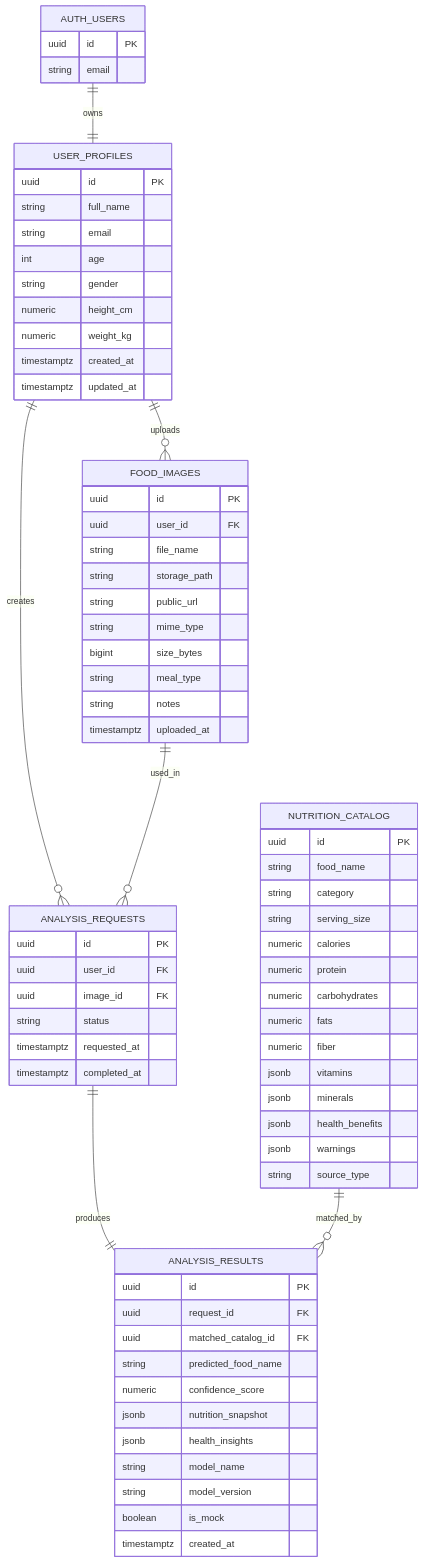
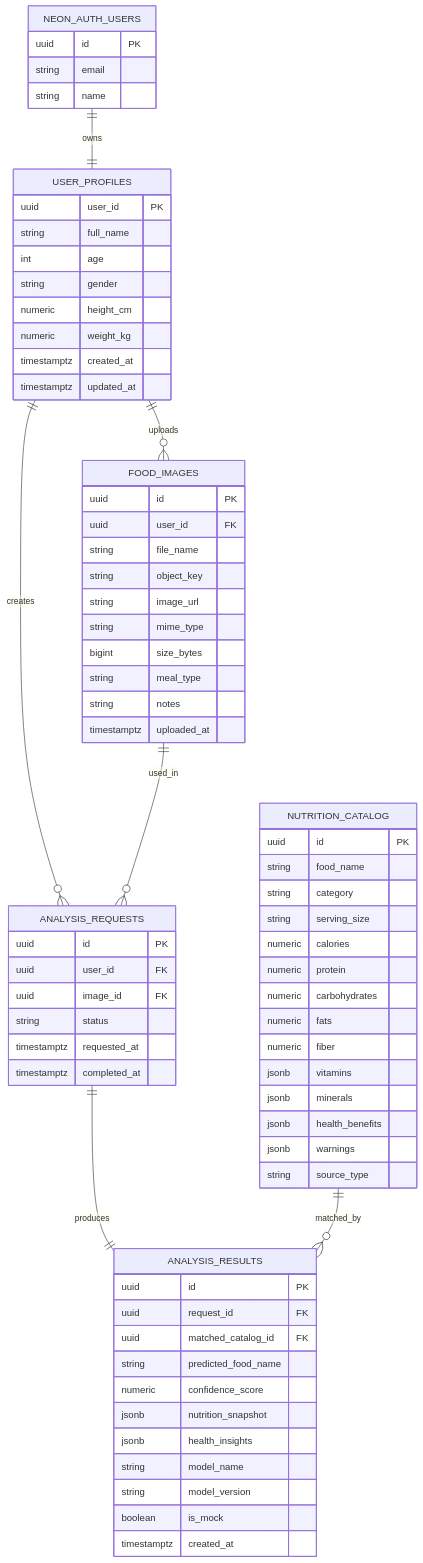
The diagram in diagrams/er_diagram.md (Tamal-11/cse4104-7a-t03-nutrilens), drawn with Mermaid before and after one commit. The commit also changed 10 other files, not shown here.

````diff
--- a/diagrams/er_diagram.md
+++ b/diagrams/er_diagram.md
@@ -3,79 +3,79 @@
 ```mermaid
 erDiagram
-    AUTH_USERS ||--|| USER_PROFILES : owns
+    NEON_AUTH_USERS ||--|| USER_PROFILES : owns
     USER_PROFILES ||--o{ FOOD_IMAGES : uploads
     USER_PROFILES ||--o{ ANALYSIS_REQUESTS : creates
     FOOD_IMAGES ||--o{ ANALYSIS_REQUESTS : used_in
     ANALYSIS_REQUESTS ||--|| ANALYSIS_RESULTS : produces
     NUTRITION_CATALOG ||--o{ ANALYSIS_RESULTS : matched_by
 
-    AUTH_USERS {
+    NEON_AUTH_USERS {
         uuid id PK
         string email
+        string name
     }
 
     USER_PROFILES {
-        uuid id PK
+        uuid user_id PK
         string full_name
-        string email
         int age
         string gender
         numeric height_cm
         numeric weight_kg
         timestamptz created_at
         timestamptz updated_at
     }
 
     FOOD_IMAGES {
         uuid id PK
         uuid user_id FK
         string file_name
-        string storage_path
-        string public_url
+        string object_key
+        string image_url
         string mime_type
         bigint size_bytes
         string meal_type
         string notes
         timestamptz uploaded_at
     }
 
     NUTRITION_CATALOG {
         uuid id PK
         string food_name
         string category
         string serving_size
         numeric calories
         numeric protein
         numeric carbohydrates
         numeric fats
         numeric fiber
         jsonb vitamins
         jsonb minerals
         jsonb health_benefits
         jsonb warnings
         string source_type
     }
 
     ANALYSIS_REQUESTS {
         uuid id PK
         uuid user_id FK
         uuid image_id FK
         string status
         timestamptz requested_at
         timestamptz completed_at
     }
 
     ANALYSIS_RESULTS {
         uuid id PK
         uuid request_id FK
         uuid matched_catalog_id FK
         string predicted_food_name
         numeric confidence_score
         jsonb nutrition_snapshot
         jsonb health_insights
         string model_name
         string model_version
         boolean is_mock
         timestamptz created_at
     }
 ```
````
